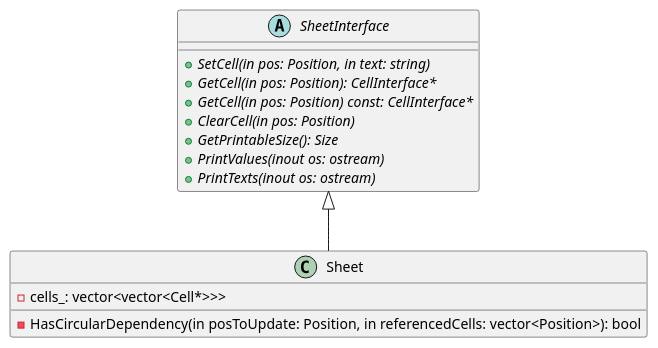
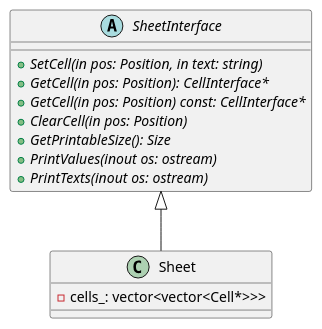
The diagram in uml/sheet.puml (kazarynau/YandexPraktikumFinal), drawn with PlantUML before and after one commit. The commit also changed 6 other files, not shown here.

Commit message:
Move HasCircularDependency() to cell

```diff
--- a/uml/sheet.puml
+++ b/uml/sheet.puml
@@ -2,20 +2,19 @@
 @startuml
 
 abstract class SheetInterface {
     +{abstract} SetCell(in pos: Position, in text: string)
     +{abstract} GetCell(in pos: Position): CellInterface*
     +{abstract} GetCell(in pos: Position) const: CellInterface*
     +{abstract} ClearCell(in pos: Position)
     +{abstract} GetPrintableSize(): Size
     +{abstract} PrintValues(inout os: ostream)
     +{abstract} PrintTexts(inout os: ostream)
 }
 
 class Sheet {
     -cells_: vector<vector<Cell*>>>
-    -HasCircularDependency(in posToUpdate: Position, in referencedCells: vector<Position>): bool
 }
 
 class Sheet extends SheetInterface
 
 @enduml
```
